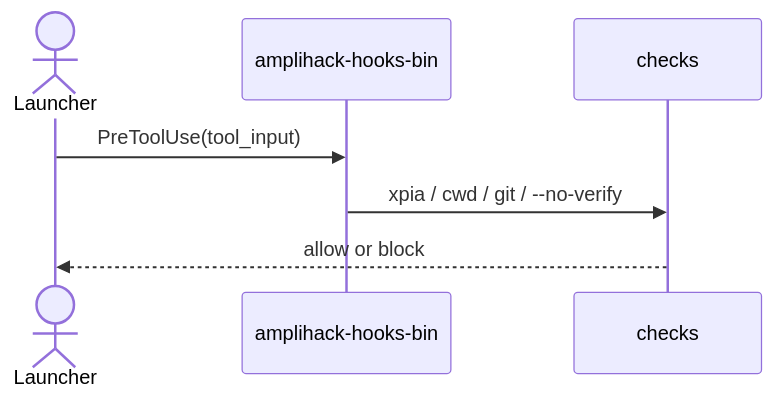
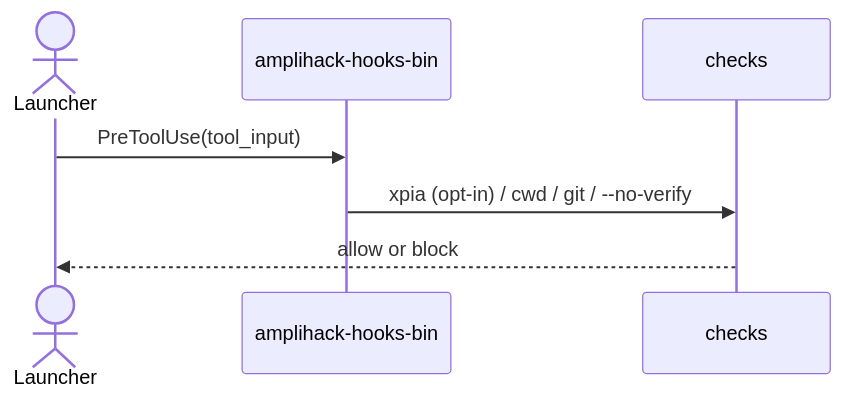
Before and after one commit to rysweet/amplihack-rs: the diagram in docs/atlas/user-journeys/journey-hooks.mmd, drawn with Mermaid. The commit also changed 27 other files, not shown here.

```diff
--- a/docs/atlas/user-journeys/journey-hooks.mmd
+++ b/docs/atlas/user-journeys/journey-hooks.mmd
@@ -1,5 +1,5 @@
 sequenceDiagram
   actor L as Launcher
   L->>amplihack-hooks-bin: PreToolUse(tool_input)
-  amplihack-hooks-bin->>checks: xpia / cwd / git / --no-verify
+  amplihack-hooks-bin->>checks: xpia (opt-in) / cwd / git / --no-verify
   checks-->>L: allow or block
```
